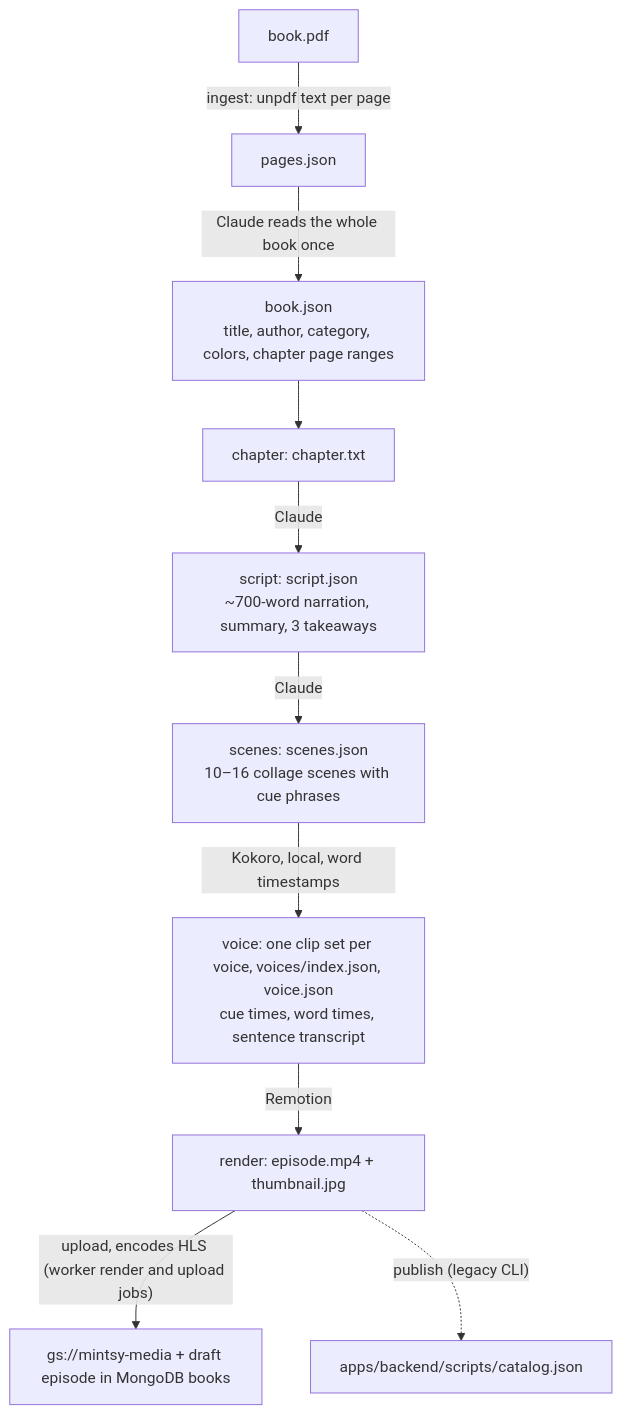
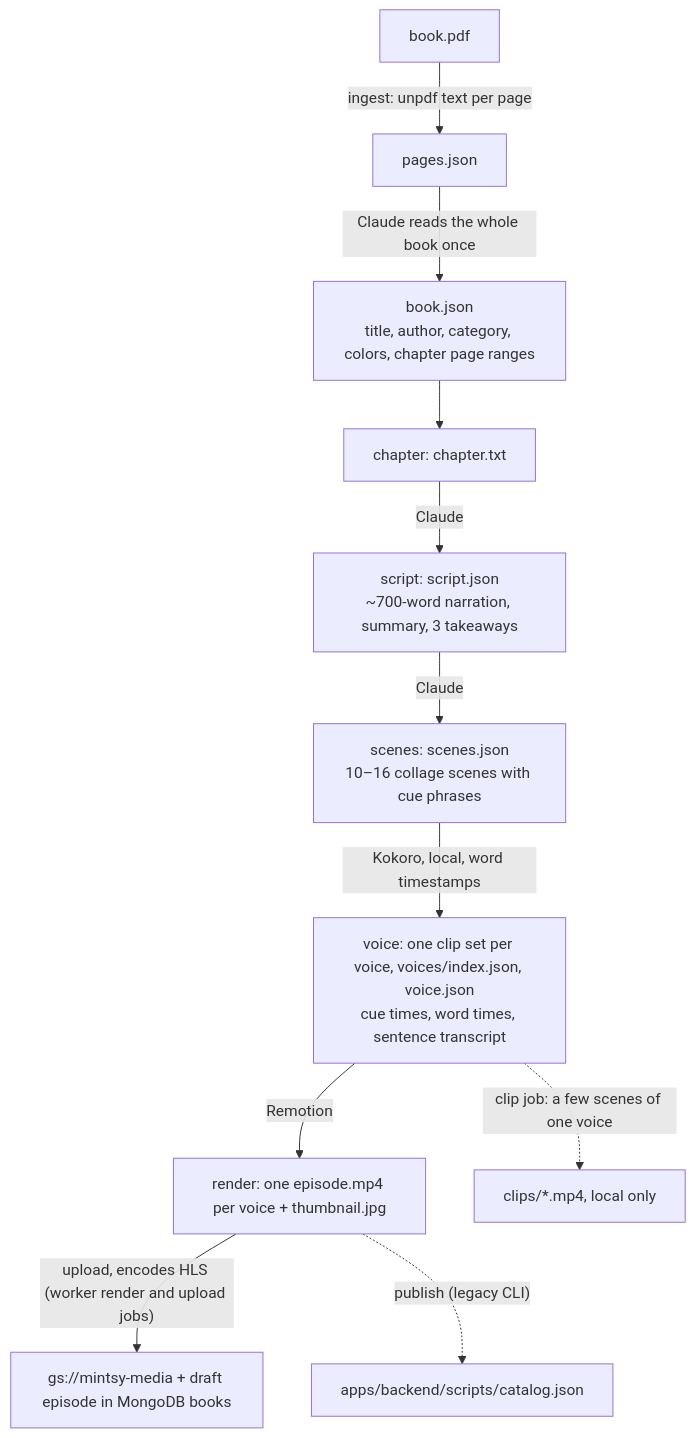
Before and after one commit to castroaillc/mintsy-web: the first of 2 diagrams in apps/docs/services/studio.md, drawn with Mermaid. The commit also changed other lines of this file and 12 other files, not shown here.

````diff
--- a/apps/docs/services/studio.md
+++ b/apps/docs/services/studio.md
@@ -9,12 +9,13 @@
 ```mermaid
 flowchart TD
   PDF[book.pdf] -->|ingest: unpdf text per page| Pages[pages.json]
   Pages -->|Claude reads the whole book once| Book["book.json<br/>title, author, category, colors, chapter page ranges"]
   Book --> Ch["chapter: chapter.txt"]
   Ch -->|Claude| Script["script: script.json<br/>~700-word narration, summary, 3 takeaways"]
   Script -->|Claude| Scenes["scenes: scenes.json<br/>10–16 collage scenes with cue phrases"]
   Scenes -->|Kokoro, local, word timestamps| Voice["voice: one clip set per voice, voices/index.json, voice.json<br/>cue times, word times, sentence transcript"]
-  Voice -->|Remotion| Render["render: episode.mp4 + thumbnail.jpg"]
+  Voice -->|Remotion| Render["render: one episode.mp4 per voice + thumbnail.jpg"]
   Render -->|"upload, encodes HLS (worker render and upload jobs)"| Out["gs://mintsy-media + draft episode in MongoDB books"]
   Render -.->|"publish (legacy CLI)"| Legacy["apps/backend/scripts/catalog.json"]
+  Voice -.->|"clip job: a few scenes of one voice"| Clip["clips/*.mp4, local only"]
 ```
````
